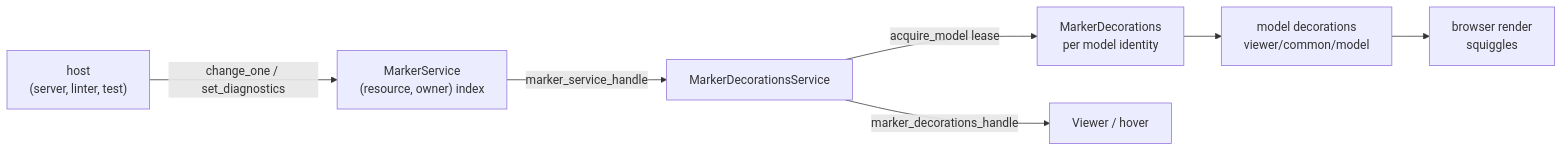
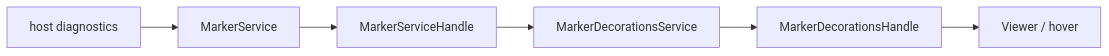
One commit to moonbitlang/editor changed the diagram in viewer/common/markers/README.mbt.md. Above: the diagram before and after it, drawn with Mermaid. The commit also changed other lines of this file and 270 other files, not shown here.

````diff
--- a/viewer/common/markers/README.mbt.md
+++ b/viewer/common/markers/README.mbt.md
@@ -9,9 +9,8 @@
 ```mermaid
 flowchart LR
-  H["host<br>(server, linter, test)"] -->|change_one / set_diagnostics| MS["MarkerService<br>(resource, owner) index"]
-  MS -->|marker_service_handle| MD["MarkerDecorationsService"]
-  MD -->|acquire_model lease| OWN["MarkerDecorations<br>per model identity"]
-  OWN --> DEC["model decorations<br>viewer/common/model"]
-  MD -->|marker_decorations_handle| V["Viewer / hover"]
-  DEC --> BR["browser render<br>squiggles"]
+  H["host diagnostics"] --> MS["MarkerService"]
+  MS --> MH["MarkerServiceHandle"]
+  MH --> MD["MarkerDecorationsService"]
+  MD --> DH["MarkerDecorationsHandle"]
+  DH --> V["Viewer / hover"]
 ```
````
